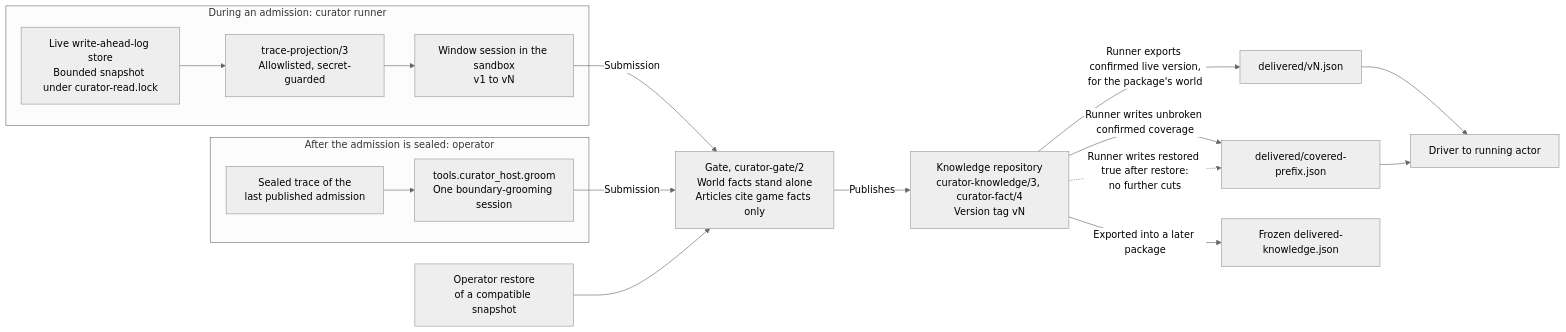
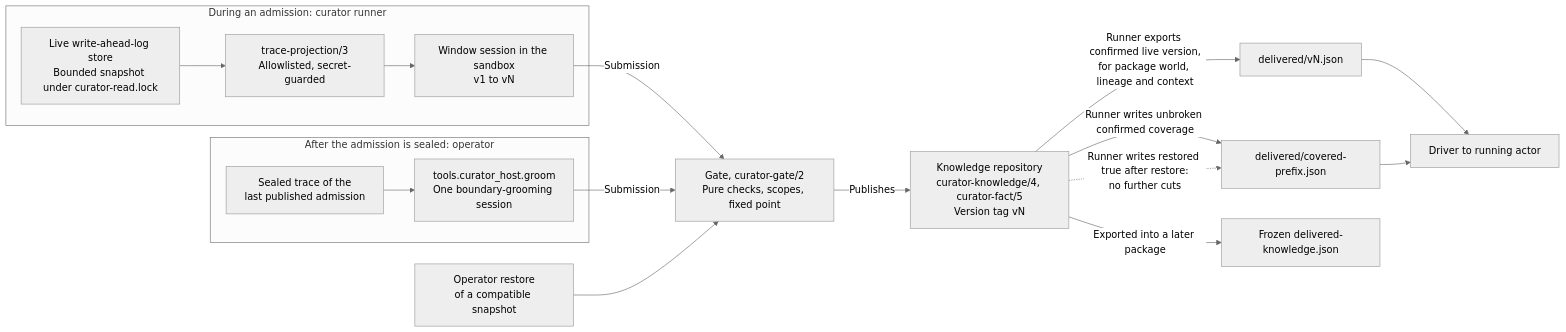
The diagram in docs/components/curator.md (CVX-Hull/enactive), drawn with Mermaid (neutral theme) before and after one commit. The commit also changed other lines of this file and 169 other files, not shown here.

First line of the commit message:
Migrate knowledge store, delivery, ranking and spectator view to Wave 3 contracts (#937) (#940)

````diff
--- a/docs/components/curator.md
+++ b/docs/components/curator.md
@@ -22,22 +22,22 @@
 ```mermaid
 flowchart LR
   accTitle: Curator pipeline from live trace to delivered knowledge
-  accDescr: During play a bounded snapshot under a shared read lock is projected and a runner session examines one window. After the admission is sealed, a grooming session can reorganise the store from the sealed trace. Both submit to the gate, which alone publishes a repository version tag. World facts stand alone and only game facts are cited in articles. A confirmed live version is exported for the running actor with the unbroken covered prefix. A restore invalidates that prefix. A groomed version reaches play only when a later package freezes it.
+  accDescr: During play a bounded snapshot under a shared read lock is projected and a runner session examines one window. After the admission is sealed, a grooming session can reorganise the store from the sealed trace. Both submit to the gate, which alone publishes a repository version tag. Facts and articles carry declared scopes and typed links. A confirmed live version is exported for the running actor with the unbroken covered prefix. A restore invalidates that prefix. A groomed version reaches play only when a later package freezes it.
   subgraph L["During an admission: curator runner"]
     S["Live write-ahead-log store<br/>Bounded snapshot under curator-read.lock"] --> P["trace-projection/3<br/>Allowlisted, secret-guarded"]
     P --> W["Window session in the sandbox<br/>v1 to vN"]
   end
   subgraph B["After the admission is sealed: operator"]
     Z["Sealed trace of the<br/>last published admission"] --> Q["tools.curator_host.groom<br/>One boundary-grooming session"]
   end
-  W -->|"Submission"| G["Gate, curator-gate/2<br/>World facts stand alone<br/>Articles cite game facts only"]
+  W -->|"Submission"| G["Gate, curator-gate/2<br/>Pure checks, scopes, fixed point"]
   Q -->|"Submission"| G
-  G -->|"Publishes"| K["Knowledge repository<br/>curator-knowledge/3, curator-fact/4<br/>Version tag vN"]
+  G -->|"Publishes"| K["Knowledge repository<br/>curator-knowledge/4, curator-fact/5<br/>Version tag vN"]
   O["Operator restore<br/>of a compatible snapshot"] --> G
-  K -->|"Runner exports confirmed live version,<br/>for the package's world"| D["delivered/vN.json"]
+  K -->|"Runner exports confirmed live version,<br/>for package world, lineage and context"| D["delivered/vN.json"]
   K -->|"Runner writes unbroken confirmed coverage"| C["delivered/covered-prefix.json"]
   K -.->|"Runner writes restored true after restore:<br/>no further cuts"| C
   D --> A["Driver to running actor"]
   C --> A
   K -->|"Exported into a later package"| F["Frozen delivered-knowledge.json"]
 ```
````
